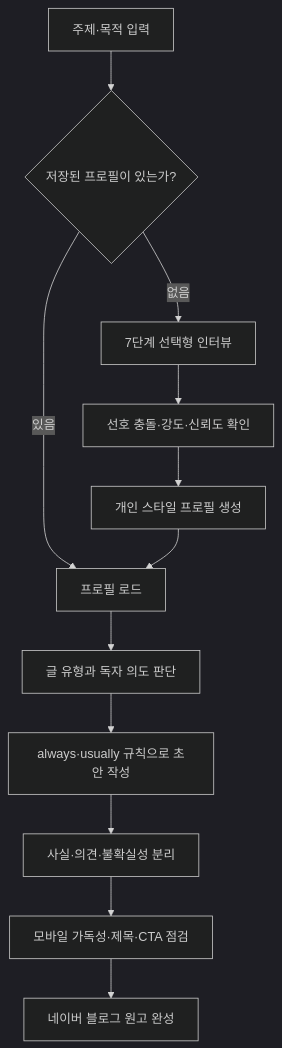
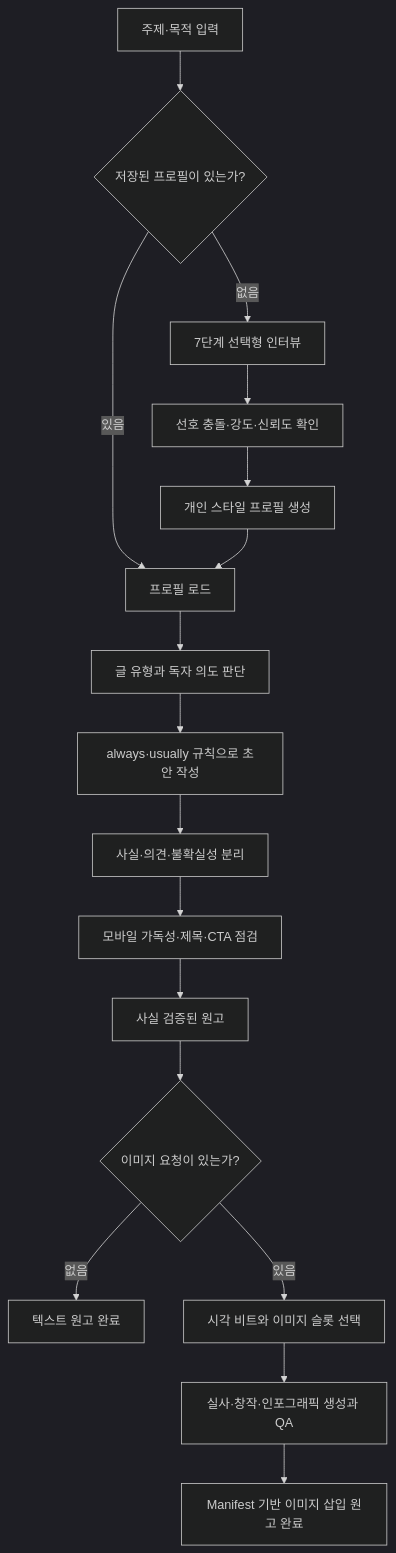
The diagram in README.md (coreline-ai/naver_blog_skill), drawn with Mermaid (dark theme) before and after one commit. The commit also changed other lines of this file and 8 other files, not shown here.

````diff
--- a/README.md
+++ b/README.md
@@ -114,14 +129,19 @@
 ```mermaid
 flowchart TD
     A["주제·목적 입력"] --> B{"저장된 프로필이 있는가?"}
     B -- "없음" --> C["7단계 선택형 인터뷰"]
     C --> D["선호 충돌·강도·신뢰도 확인"]
     D --> E["개인 스타일 프로필 생성"]
     B -- "있음" --> F["프로필 로드"]
     E --> F
     F --> G["글 유형과 독자 의도 판단"]
     G --> H["always·usually 규칙으로 초안 작성"]
     H --> I["사실·의견·불확실성 분리"]
     I --> J["모바일 가독성·제목·CTA 점검"]
-    J --> K["네이버 블로그 원고 완성"]
+    J --> K["사실 검증된 원고"]
+    K --> L{"이미지 요청이 있는가?"}
+    L -- "없음" --> M["텍스트 원고 완료"]
+    L -- "있음" --> N["시각 비트와 이미지 슬롯 선택"]
+    N --> O["실사·창작·인포그래픽 생성과 QA"]
+    O --> P["Manifest 기반 이미지 삽입 원고 완료"]
 ```
````
